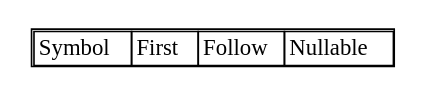
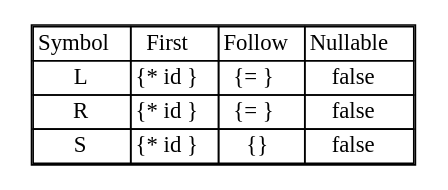
One commit to King3212/Compiler-theory changed the diagram in lab4/gui/build/Desktop-Debug/FFTable.gv. Above: the diagram before and after it, drawn with Graphviz. The commit also changed 38 other files, not shown here.

```diff
--- a/lab4/gui/build/Desktop-Debug/FFTable.gv
+++ b/lab4/gui/build/Desktop-Debug/FFTable.gv
@@ -1,7 +1,10 @@
 digraph G {
 node [shape=plaintext]
 FirstFollowTable [label=<
 <table border='1' cellborder='1' cellspacing='0'>
 <tr><td>Symbol</td><td>First</td><td>Follow</td><td>Nullable</td></tr>
+<tr><td>L</td><td>{* id }</td><td>{= }</td><td>false</td></tr>
+<tr><td>R</td><td>{* id }</td><td>{= }</td><td>false</td></tr>
+<tr><td>S</td><td>{* id }</td><td>{}</td><td>false</td></tr>
 </table>>]
 }
```
